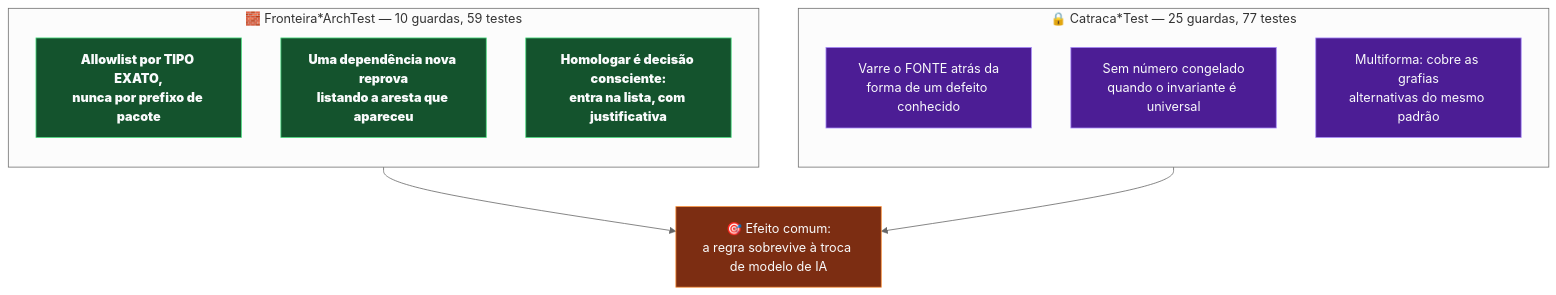
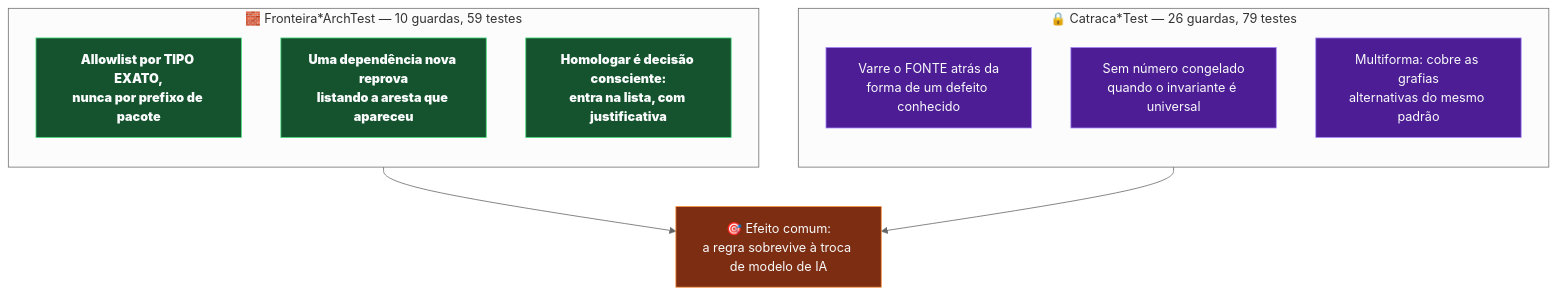
One commit to carmipa/traducao_animes_llm_local_quarkus-1 changed the second of 2 diagrams in docs/catracas-e-fronteiras.md. Above: the diagram before and after it, drawn with Mermaid (neutral theme). The commit also changed other lines of this file and 8 other files, not shown here.

````diff
--- a/docs/catracas-e-fronteiras.md
+++ b/docs/catracas-e-fronteiras.md
@@ -48,26 +48,26 @@
 ```mermaid
 graph TB
     subgraph A["🧱 Fronteira*ArchTest — 10 guardas, 59 testes"]
         direction TB
         A1["Allowlist por TIPO EXATO,<br/>nunca por prefixo de pacote"]
         A2["Uma dependência nova reprova<br/>listando a aresta que apareceu"]
         A3["Homologar é decisão consciente:<br/>entra na lista, com justificativa"]
     end
 
-    subgraph B["🔒 Catraca*Test — 25 guardas, 77 testes"]
+    subgraph B["🔒 Catraca*Test — 26 guardas, 79 testes"]
         direction TB
         B1["Varre o FONTE atrás da<br/>forma de um defeito conhecido"]
         B2["Sem número congelado<br/>quando o invariante é universal"]
         B3["Multiforma: cobre as grafias<br/>alternativas do mesmo padrão"]
     end
 
     A --> C["🎯 Efeito comum:<br/>a regra sobrevive à troca de modelo de IA"]
     B --> C
 
     classDef fa fill:#14532d,stroke:#4ADE80,color:#F9FAFB
     classDef fb fill:#4c1d95,stroke:#A78BFA,color:#F9FAFB
     classDef fc fill:#7c2d12,stroke:#FB923C,color:#F9FAFB
     class A1,A2,A3 fa
     class B1,B2,B3 fb
     class C fc
 ```
````
